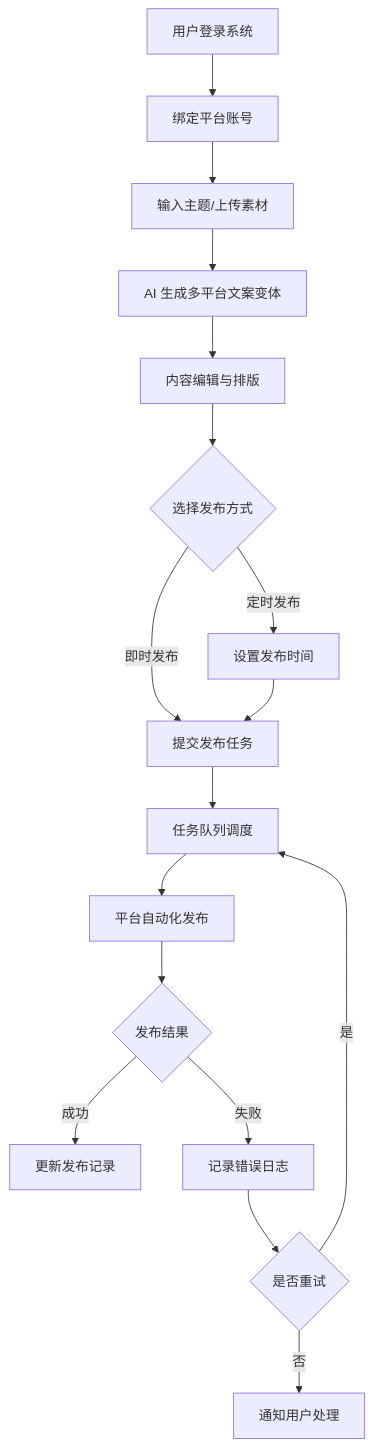
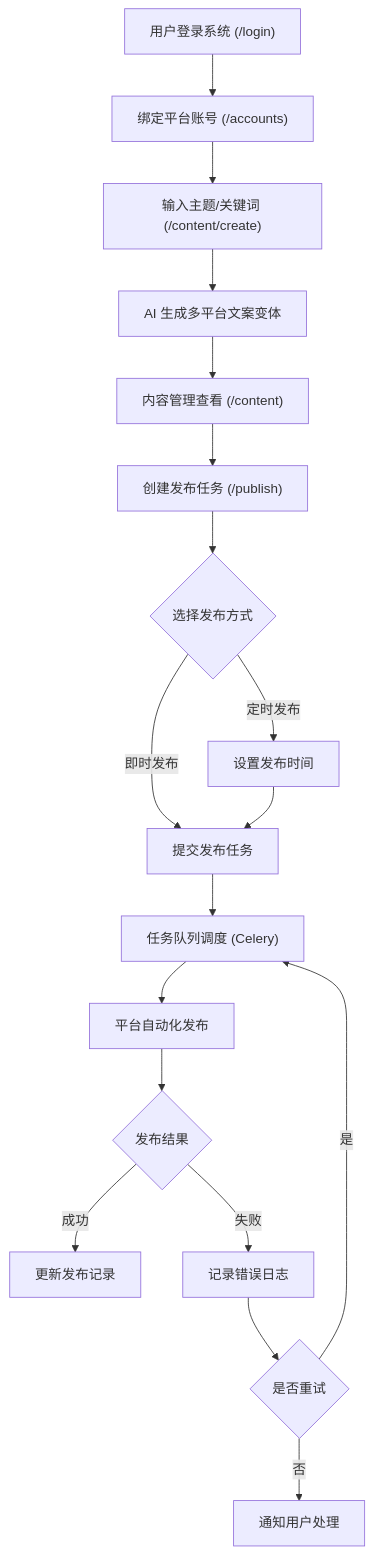
The first of 2 diagrams in .trae/documents/PRD.md (zhangming123456/ai-multi-platform-release), drawn with Mermaid before and after one commit. The commit also changed other lines of this file and 1 other file, not shown here.

````diff
--- a/.trae/documents/PRD.md
+++ b/.trae/documents/PRD.md
@@ -54,19 +69,20 @@
 ```mermaid
 flowchart TD
-    A["用户登录系统"] --> B["绑定平台账号"]
-    B --> C["输入主题/上传素材"]
+    A["用户登录系统 (/login)"] --> B["绑定平台账号 (/accounts)"]
+    B --> C["输入主题/关键词 (/content/create)"]
     C --> D["AI 生成多平台文案变体"]
-    D --> E["内容编辑与排版"]
-    E --> F{"选择发布方式"}
-    F -->|"即时发布"| G["提交发布任务"]
-    F -->|"定时发布"| H["设置发布时间"]
-    H --> G
-    G --> I["任务队列调度"]
-    I --> J["平台自动化发布"]
-    J --> K{"发布结果"}
-    K -->|"成功"| L["更新发布记录"]
-    K -->|"失败"| M["记录错误日志"]
-    M --> N{"是否重试"}
-    N -->|"是"| I
-    N -->|"否"| O["通知用户处理"]
+    D --> E["内容管理查看 (/content)"]
+    E --> F["创建发布任务 (/publish)"]
+    F --> G{"选择发布方式"}
+    G -->|"即时发布"| H["提交发布任务"]
+    G -->|"定时发布"| I["设置发布时间"]
+    I --> H
+    H --> J["任务队列调度 (Celery)"]
+    J --> K["平台自动化发布"]
+    K --> L{"发布结果"}
+    L -->|"成功"| M["更新发布记录"]
+    L -->|"失败"| N["记录错误日志"]
+    N --> O{"是否重试"}
+    O -->|"是"| J
+    O -->|"否"| P["通知用户处理"]
 ```
````
